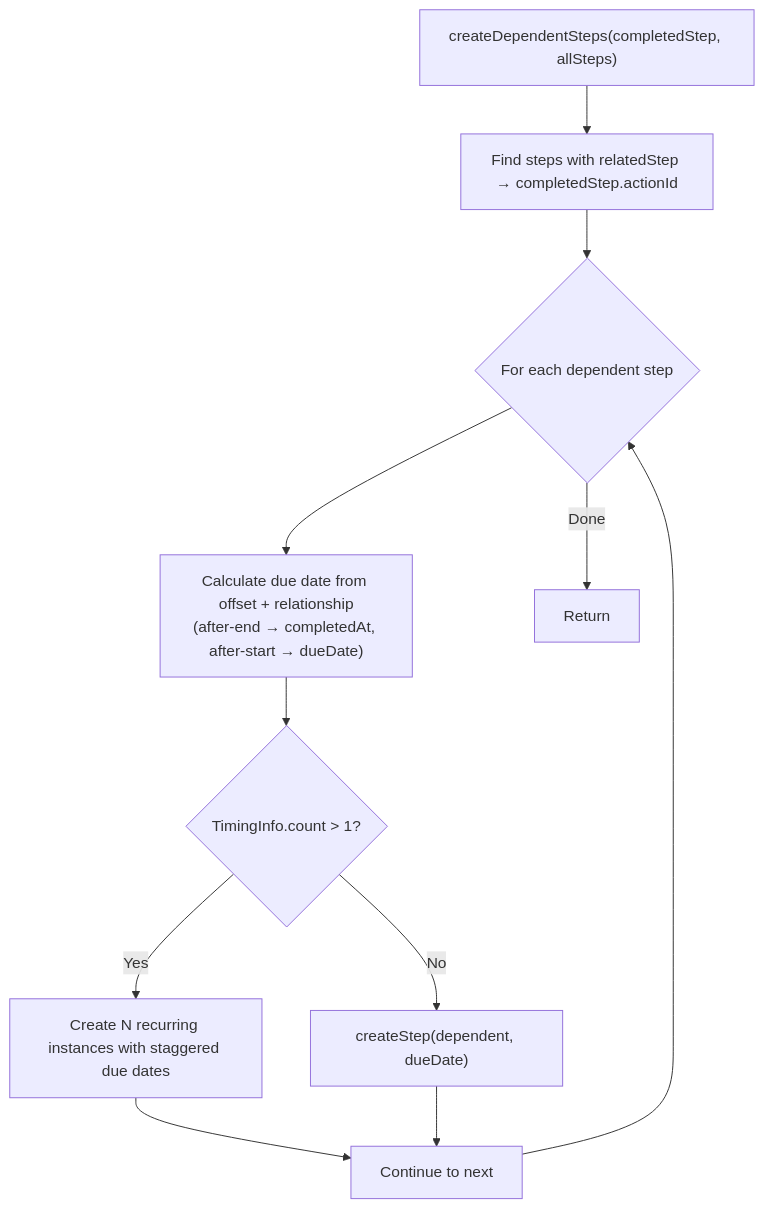
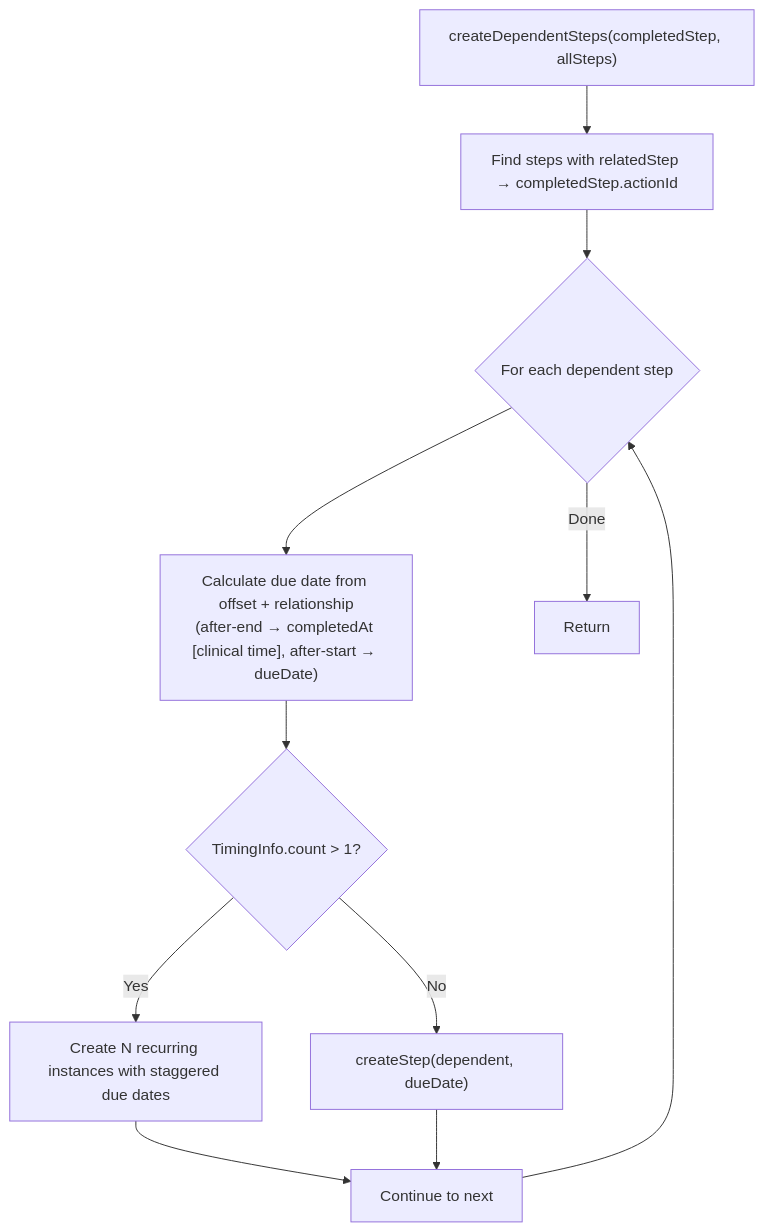
Before and after one commit to Jayaprakash8887/cce-compliance-service: diagram 11 of 11 in docs/flow-diagrams.md, drawn with Mermaid. The commit also changed other lines of this file and 9 other files, not shown here.

Commit message:
Clinical Event time extraction

````diff
--- a/docs/flow-diagrams.md
+++ b/docs/flow-diagrams.md
@@ -503,15 +505,15 @@
 ```mermaid
 flowchart TD
     START["createDependentSteps(completedStep, allSteps)"] --> FIND["Find steps with relatedStep → completedStep.actionId"]
     FIND --> LOOP{"For each dependent step"}
-    LOOP --> CALC["Calculate due date from offset + relationship<br/>(after-end → completedAt, after-start → dueDate)"]
+    LOOP --> CALC["Calculate due date from offset + relationship<br/>(after-end → completedAt [clinical time], after-start → dueDate)"]
     CALC --> RECURRING{"TimingInfo.count > 1?"}
 
     RECURRING -->|"Yes"| MULTI["Create N recurring instances with staggered due dates"]
     RECURRING -->|"No"| SINGLE["createStep(dependent, dueDate)"]
 
     MULTI --> NEXT["Continue to next"]
     SINGLE --> NEXT
     NEXT --> LOOP
     LOOP -->|"Done"| END["Return"]
 ```
````
